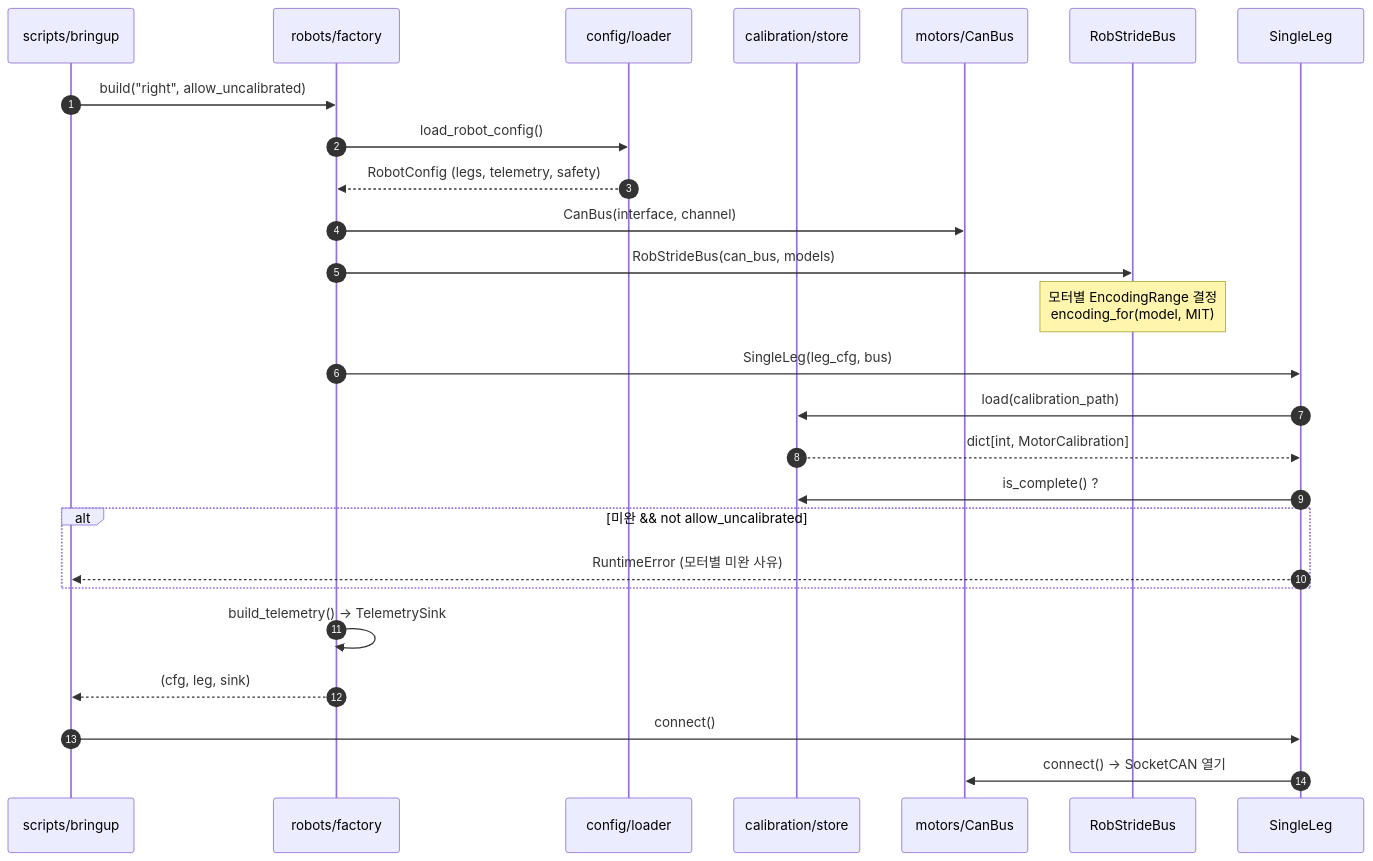
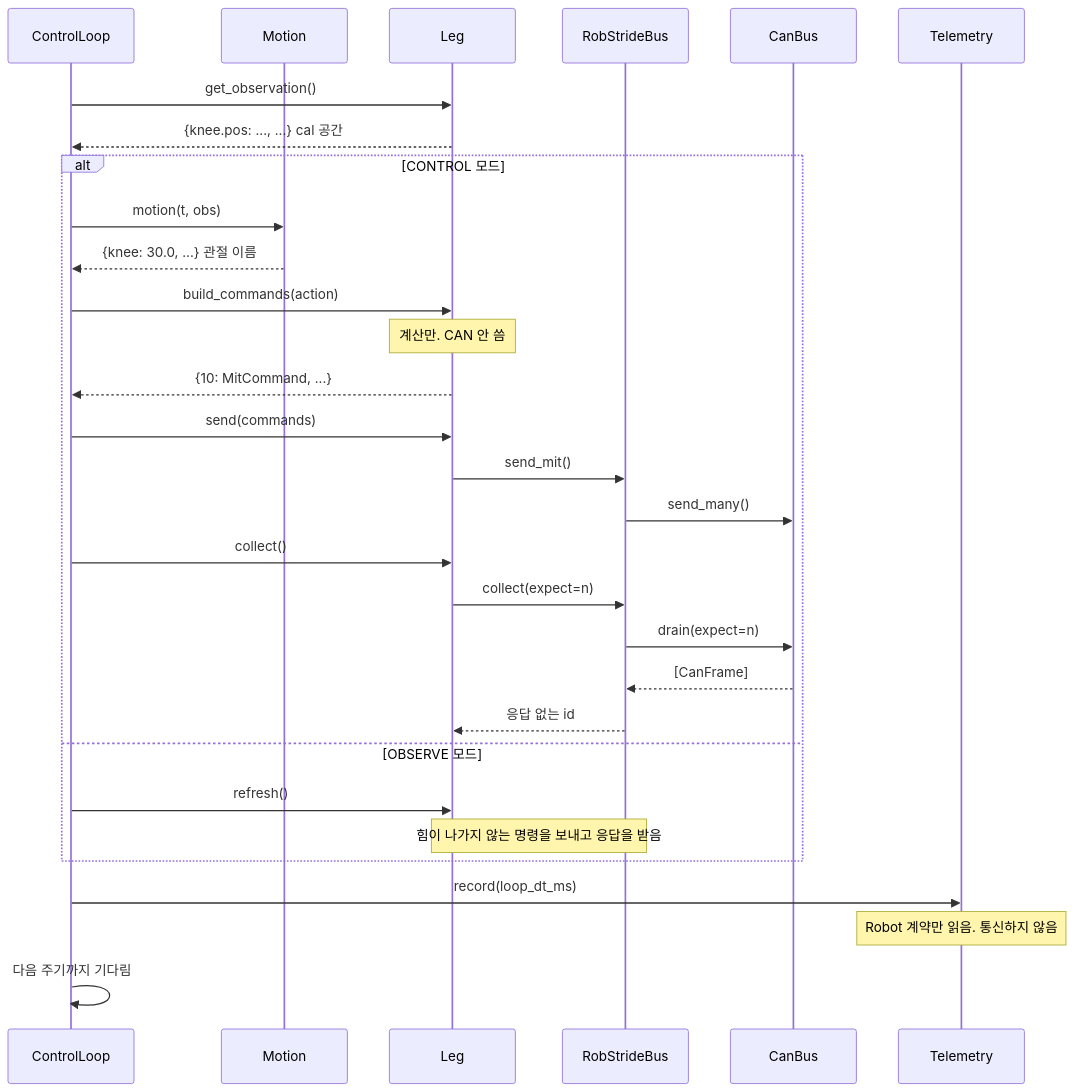
Before and after one commit to chanhue/HUPHY: the third of 9 diagrams in docs/flow_diagrams.md, drawn with Mermaid. The commit also changed other lines of this file and 10 other files, not shown here.

````diff
--- a/docs/flow_diagrams.md
+++ b/docs/flow_diagrams.md
@@ -82,29 +134,35 @@
 ```mermaid
 sequenceDiagram
-    autonumber
-    participant S as scripts/bringup
-    participant F as robots/factory
-    participant LD as config/loader
-    participant CS as calibration/store
-    participant C as motors/CanBus
+    participant L as ControlLoop
+    participant M as Motion
+    participant R as Leg
     participant B as RobStrideBus
-    participant L as SingleLeg
+    participant C as CanBus
+    participant T as Telemetry
 
-    S->>F: build("right", allow_uncalibrated)
-    F->>LD: load_robot_config()
-    LD-->>F: RobotConfig (legs, telemetry, safety)
-    F->>C: CanBus(interface, channel)
-    F->>B: RobStrideBus(can_bus, models)
-    Note over B: 모터별 EncodingRange 결정<br/>encoding_for(model, MIT)
-    F->>L: SingleLeg(leg_cfg, bus)
-    L->>CS: load(calibration_path)
-    CS-->>L: dict[int, MotorCalibration]
-    L->>CS: is_complete() ?
-    alt 미완 && not allow_uncalibrated
-        L-->>S: RuntimeError (모터별 미완 사유)
+    L->>R: get_observation()
+    R-->>L: {knee.pos: ..., ...}   cal 공간
+
+    alt CONTROL 모드
+        L->>M: motion(t, obs)
+        M-->>L: {knee: 30.0, ...}  관절 이름
+        L->>R: build_commands(action)
+        Note over R: 계산만. CAN 안 씀
+        R-->>L: {10: MitCommand, ...}
+        L->>R: send(commands)
+        R->>B: send_mit()
+        B->>C: send_many()
+        L->>R: collect()
+        R->>B: collect(expect=n)
+        B->>C: drain(expect=n)
+        C-->>B: [CanFrame]
+        B-->>R: 응답 없는 id
+    else OBSERVE 모드
+        L->>R: refresh()
+        Note over R,B: 힘이 나가지 않는 명령을 보내고 응답을 받음
     end
-    F->>F: build_telemetry() → TelemetrySink
-    F-->>S: (cfg, leg, sink)
-    S->>L: connect()
-    L->>C: connect() → SocketCAN 열기
+
+    L->>T: record(loop_dt_ms)
+    Note over T: Robot 계약만 읽음. 통신하지 않음
+    L->>L: 다음 주기까지 기다림
 ```
````
